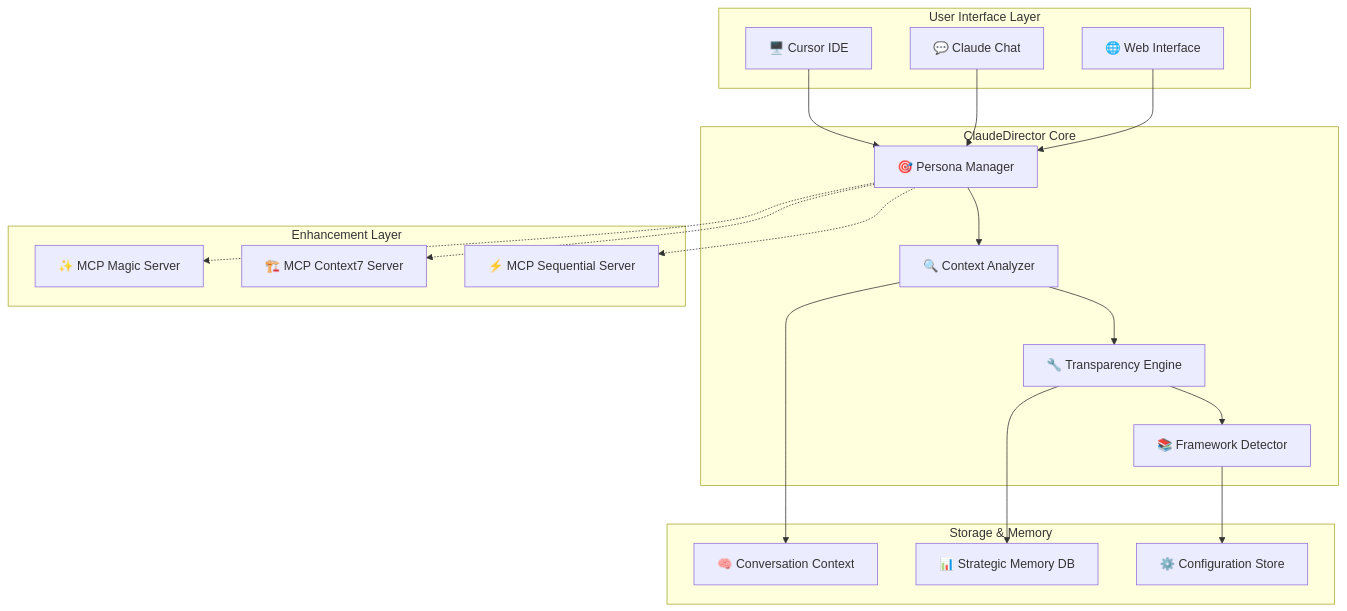
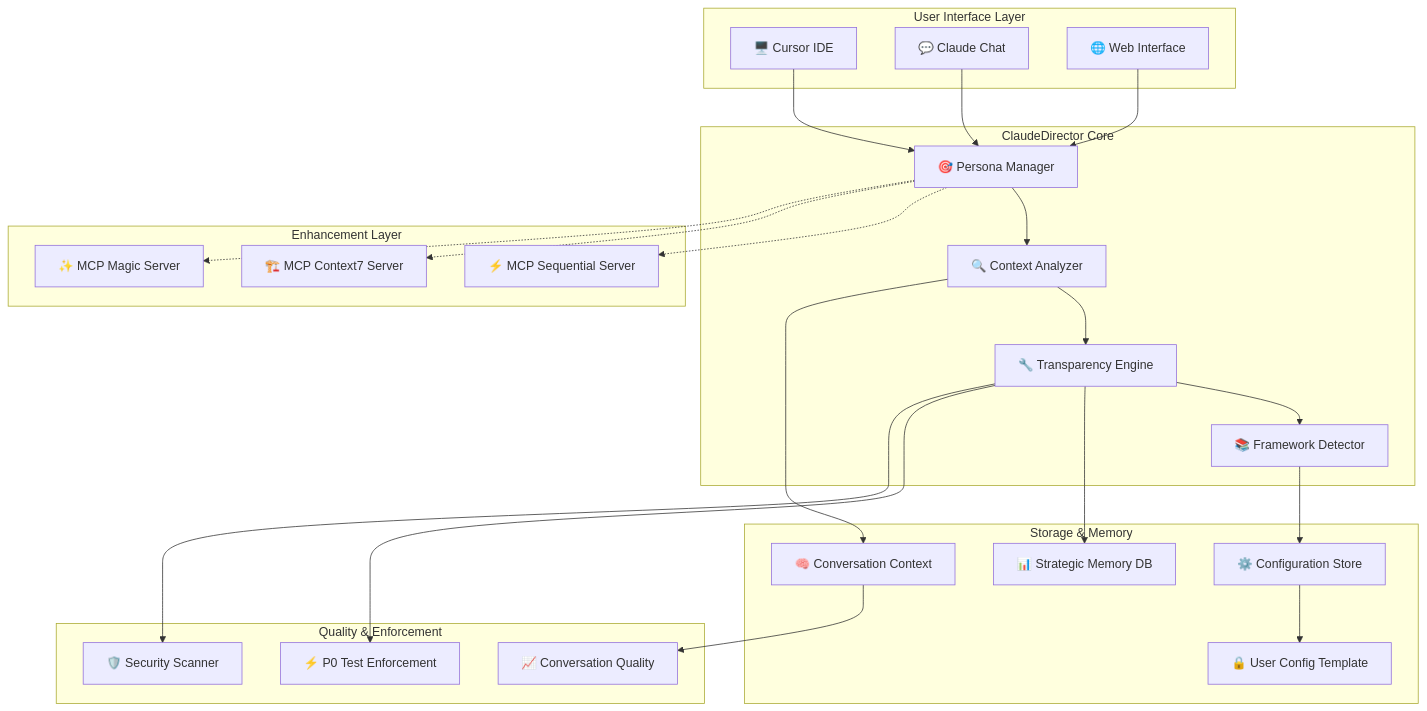
One commit to chriscantu/ClaudeDirector changed the first of 3 diagrams in docs/architecture/OVERVIEW.md. Above: the diagram before and after it, drawn with Mermaid. The commit also changed other lines of this file and 1 other file, not shown here.

First line of the commit message:
feat: Update architecture documentation with recent system enhancements (#21)

````diff
--- a/docs/architecture/OVERVIEW.md
+++ b/docs/architecture/OVERVIEW.md
@@ -24,40 +24,51 @@
 ```mermaid
 graph TB
     subgraph "User Interface Layer"
         A[🖥️ Cursor IDE]
         B[💬 Claude Chat]
         C[🌐 Web Interface]
     end
 
     subgraph "ClaudeDirector Core"
         D[🎯 Persona Manager]
         E[🔍 Context Analyzer]
         F[🔧 Transparency Engine]
         G[📚 Framework Detector]
     end
 
     subgraph "Enhancement Layer"
         H[⚡ MCP Sequential Server]
         I[🏗️ MCP Context7 Server]
         J[✨ MCP Magic Server]
     end
 
     subgraph "Storage & Memory"
         K[📊 Strategic Memory DB]
         L[🧠 Conversation Context]
         M[⚙️ Configuration Store]
+        N[🔒 User Config Template]
+    end
+
+    subgraph "Quality & Enforcement"
+        O[⚡ P0 Test Enforcement]
+        P[📈 Conversation Quality]
+        Q[🛡️ Security Scanner]
     end
 
     A --> D
     B --> D
     C --> D
     D --> E
     E --> F
     F --> G
     D -.-> H
     D -.-> I
     D -.-> J
     F --> K
     E --> L
     G --> M
+    M --> N
+    F --> O
+    L --> P
+    F --> Q
 ```
````
